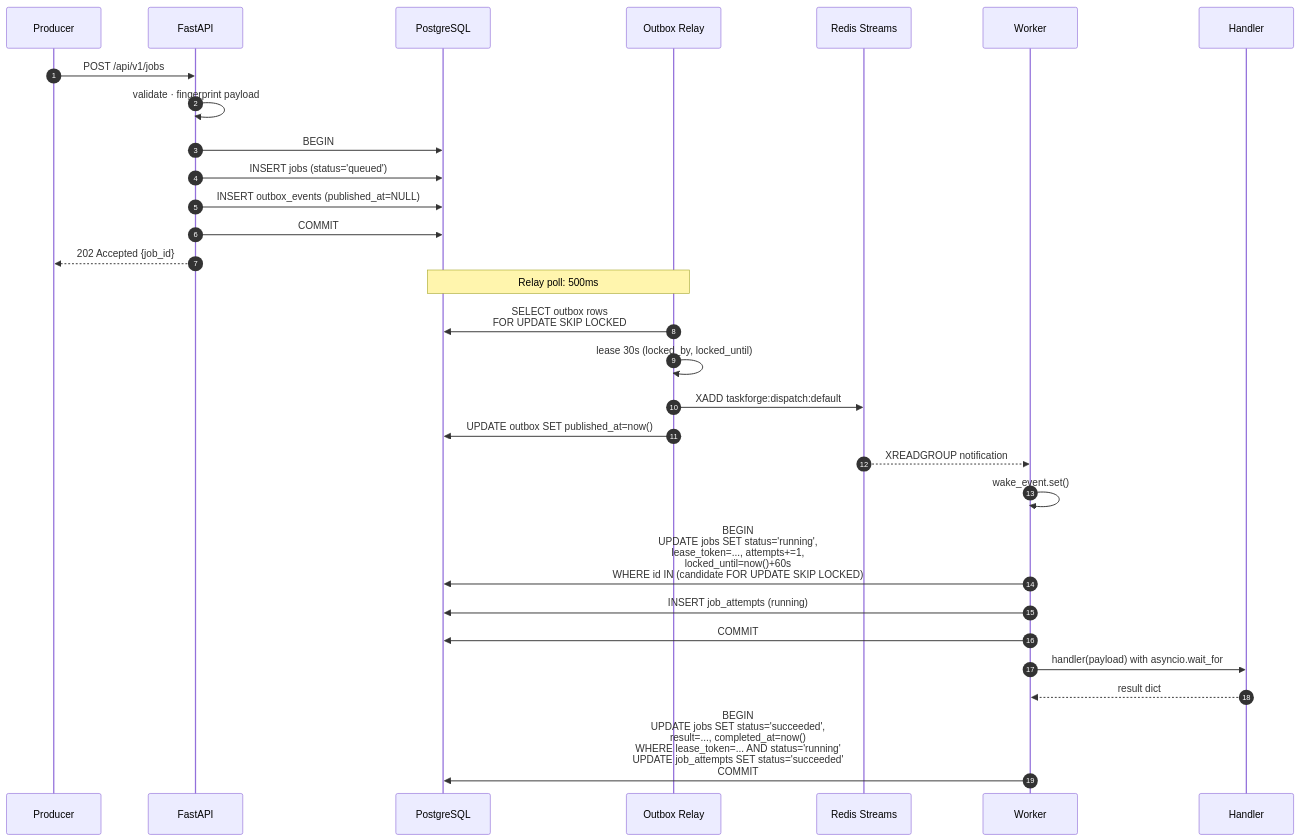
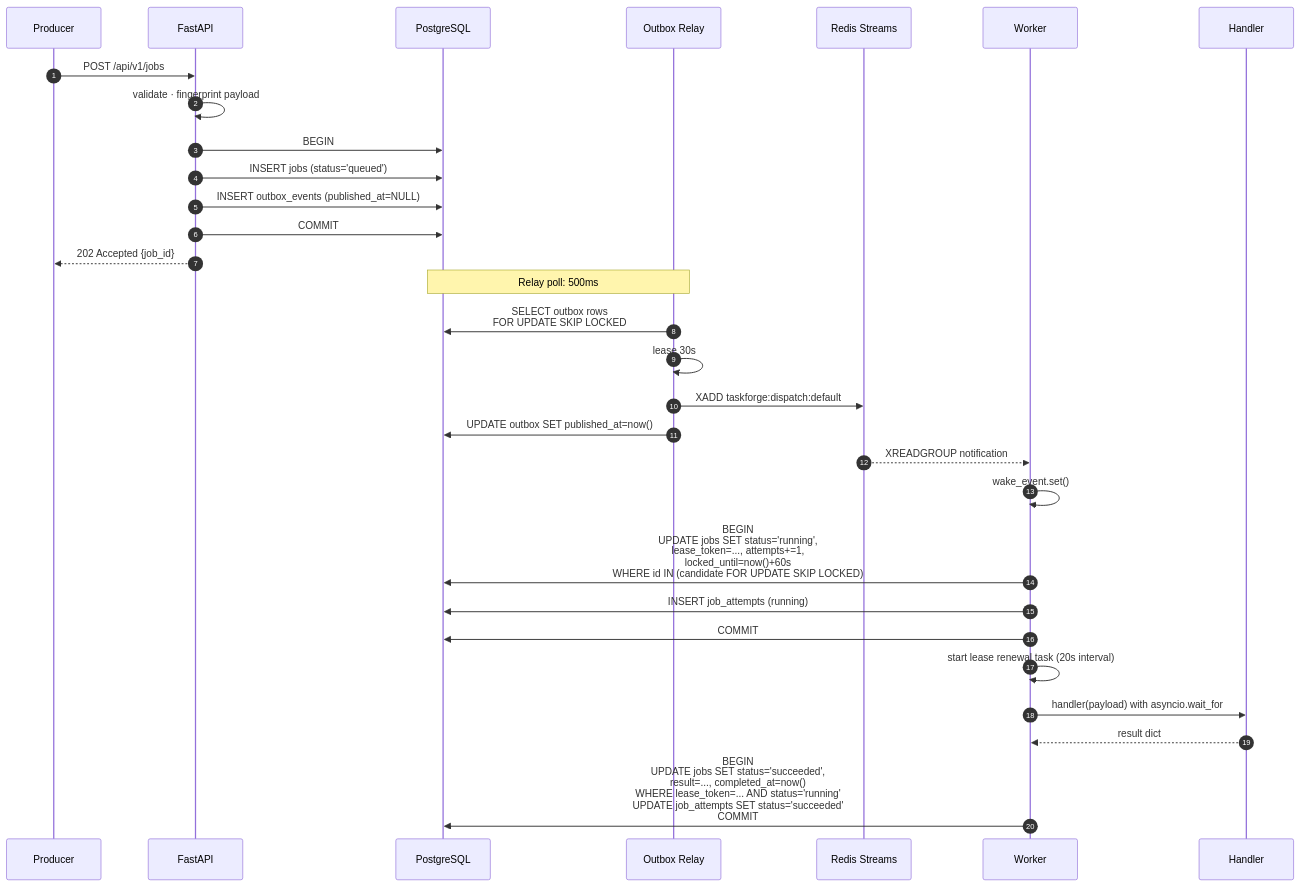
The third of 5 diagrams in README.md (Olufemooshegs/taskforge), drawn with Mermaid before and after one commit. The commit also changed other lines of this file, not shown here.

````diff
--- a/README.md
+++ b/README.md
@@ -207,37 +353,38 @@
 ```mermaid
 sequenceDiagram
     autonumber
     participant P as Producer
     participant A as FastAPI
     participant DB as PostgreSQL
     participant R as Outbox Relay
     participant Rd as Redis Streams
     participant W as Worker
     participant H as Handler
 
     P->>A: POST /api/v1/jobs
     A->>A: validate · fingerprint payload
     A->>DB: BEGIN
     A->>DB: INSERT jobs (status='queued')
     A->>DB: INSERT outbox_events (published_at=NULL)
     A->>DB: COMMIT
     A-->>P: 202 Accepted {job_id}
 
     Note over DB,R: Relay poll: 500ms
     R->>DB: SELECT outbox rows<br/>FOR UPDATE SKIP LOCKED
-    R->>R: lease 30s (locked_by, locked_until)
+    R->>R: lease 30s
     R->>Rd: XADD taskforge:dispatch:default
     R->>DB: UPDATE outbox SET published_at=now()
 
     Rd-->>W: XREADGROUP notification
     W->>W: wake_event.set()
 
     W->>DB: BEGIN<br/>UPDATE jobs SET status='running',<br/>lease_token=..., attempts+=1,<br/>locked_until=now()+60s<br/>WHERE id IN (candidate FOR UPDATE SKIP LOCKED)
     W->>DB: INSERT job_attempts (running)
     W->>DB: COMMIT
+    W->>W: start lease renewal task (20s interval)
 
     W->>H: handler(payload) with asyncio.wait_for
     H-->>W: result dict
 
     W->>DB: BEGIN<br/>UPDATE jobs SET status='succeeded',<br/>result=..., completed_at=now()<br/>WHERE lease_token=... AND status='running'<br/>UPDATE job_attempts SET status='succeeded'<br/>COMMIT
 ```
````
